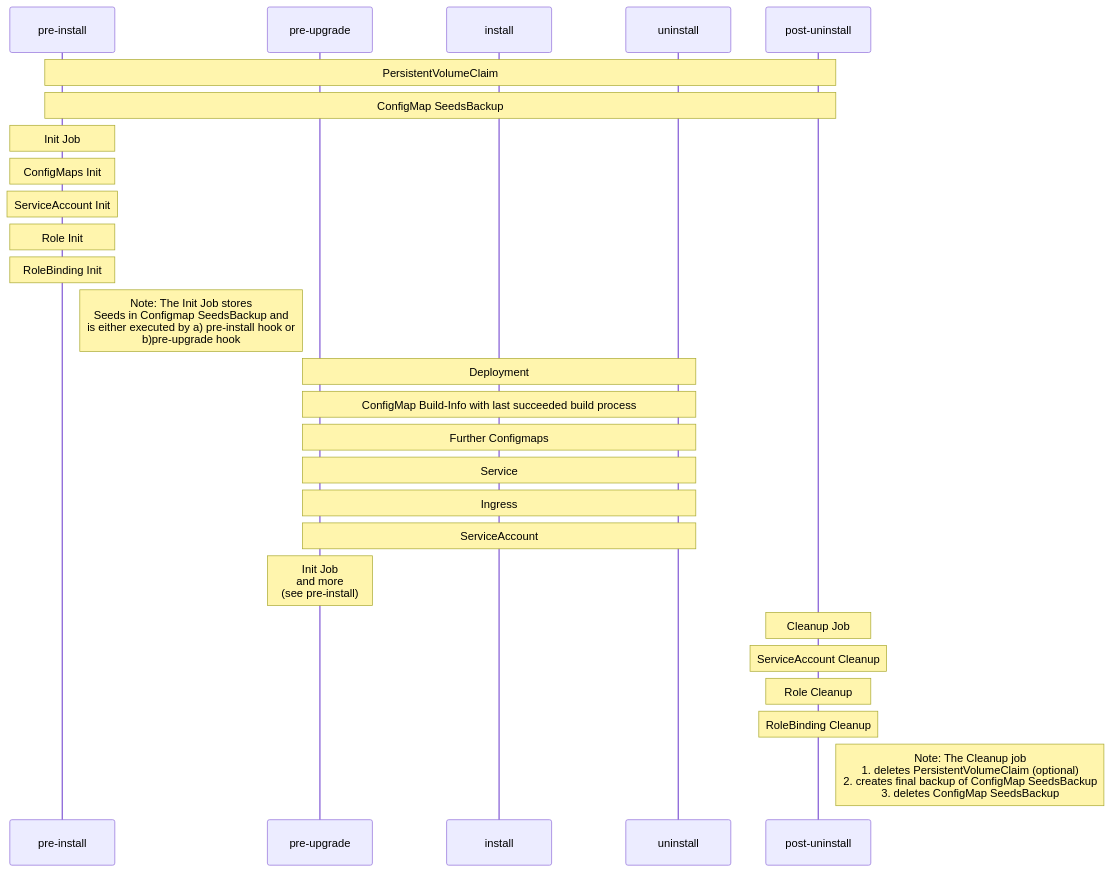
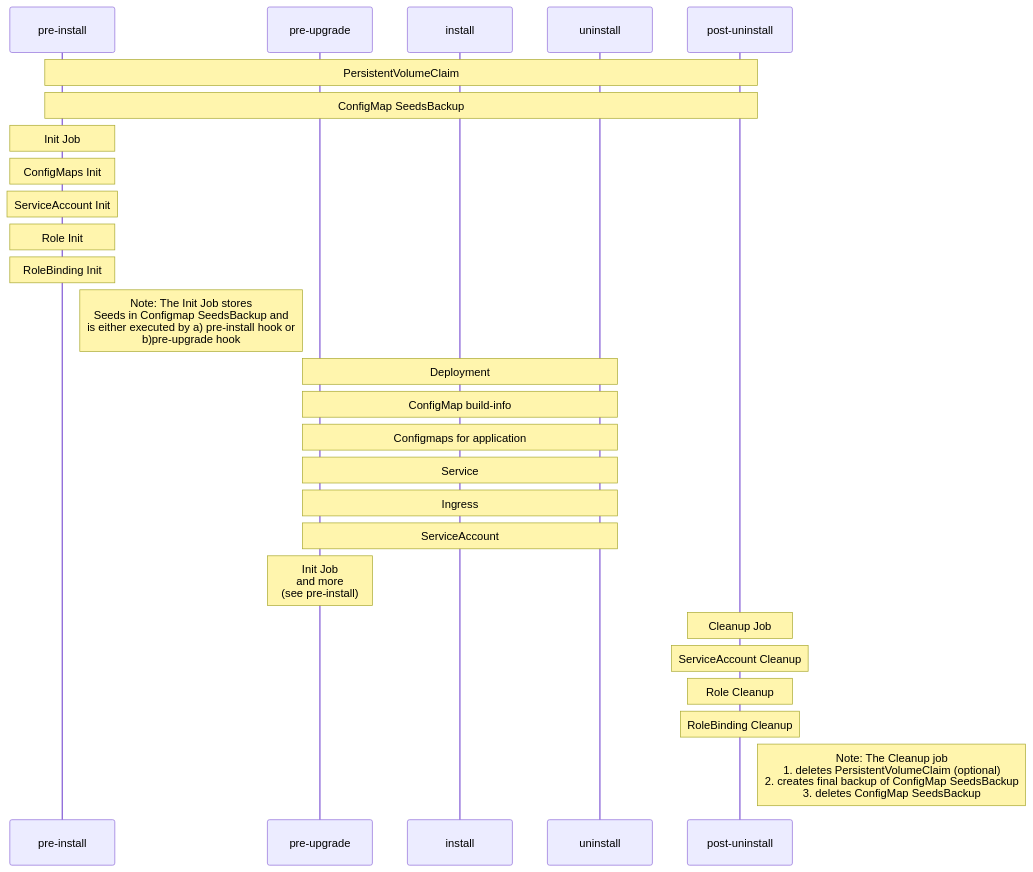
Before and after one commit to PharmaLedger-IMI/helmchart-ethadapter: the first of 6 diagrams in charts/epi/README.md, drawn with Mermaid. The commit also changed 1 other file, not shown here.

Commit message:
cleanup doc

````diff
--- a/charts/epi/README.md
+++ b/charts/epi/README.md
@@ -39,28 +39,28 @@
 ```mermaid
 sequenceDiagram
   participant PIN as pre-install
   participant PUP as pre-upgrade
   participant I as install
   participant U as uninstall
   participant PUN as post-uninstall
   Note over PIN,PUN: PersistentVolumeClaim
   Note over PIN,PUN: ConfigMap SeedsBackup
   Note over PIN:Init Job
   Note over PIN:ConfigMaps Init
   Note over PIN:ServiceAccount Init
   Note over PIN:Role Init
   Note over PIN:RoleBinding Init
   note right of PIN: Note: The Init Job stores <br/>Seeds in Configmap SeedsBackup and <br/> is either executed by a) pre-install hook or<br/>b)pre-upgrade hook
   Note over PUP,U:Deployment
-  Note over PUP,U:ConfigMap Build-Info with last succeeded build process
-  Note over PUP,U:Further Configmaps
+  Note over PUP,U:ConfigMap build-info
+  Note over PUP,U:Configmaps for application
   Note over PUP,U:Service
   Note over PUP,U:Ingress
   Note over PUP,U:ServiceAccount
   Note over PUP:Init Job<br/>and more<br/>(see pre-install)
   Note over PUN:Cleanup Job
   Note over PUN:ServiceAccount Cleanup
   Note over PUN:Role Cleanup
   Note over PUN:RoleBinding Cleanup
   note right of PUN: Note: The Cleanup job<br/>1. deletes PersistentVolumeClaim (optional)<br/>2. creates final backup of ConfigMap SeedsBackup<br/>3. deletes ConfigMap SeedsBackup
 ```
````
